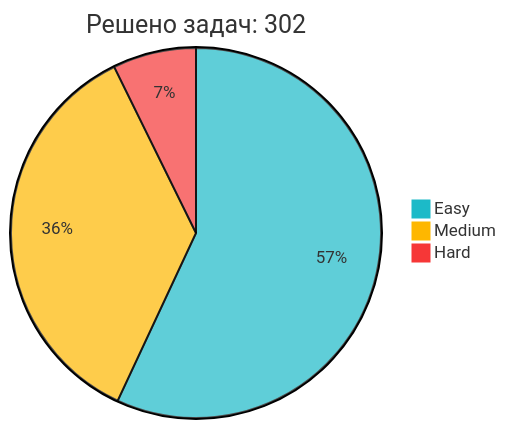
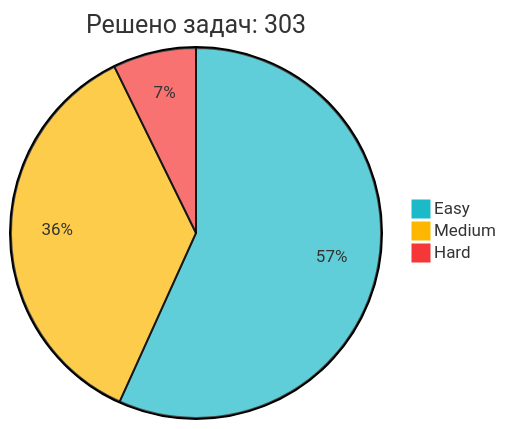
One commit to IliaKurdukov/IliaKurdukov changed the diagram in README.md. Above: the diagram before and after it, drawn with Mermaid. The commit also changed other lines of this file, not shown here.

Commit message:
📈 Обновление статистики LeetCode

````diff
--- a/README.md
+++ b/README.md
@@ -51,7 +51,7 @@
 ```mermaid
 %%{init: {'theme': 'base', 'themeVariables': { 'pie1': '#1CBAC8', 'pie2': '#FEB700', 'pie3': '#F63737' }, 'config': {'width': 300, 'height': 200}}}%%
-pie title Решено задач: 302
+pie title Решено задач: 303
    "Easy" : 172
-   "Medium" : 108
+   "Medium" : 109
    "Hard" : 22
 ```
````
